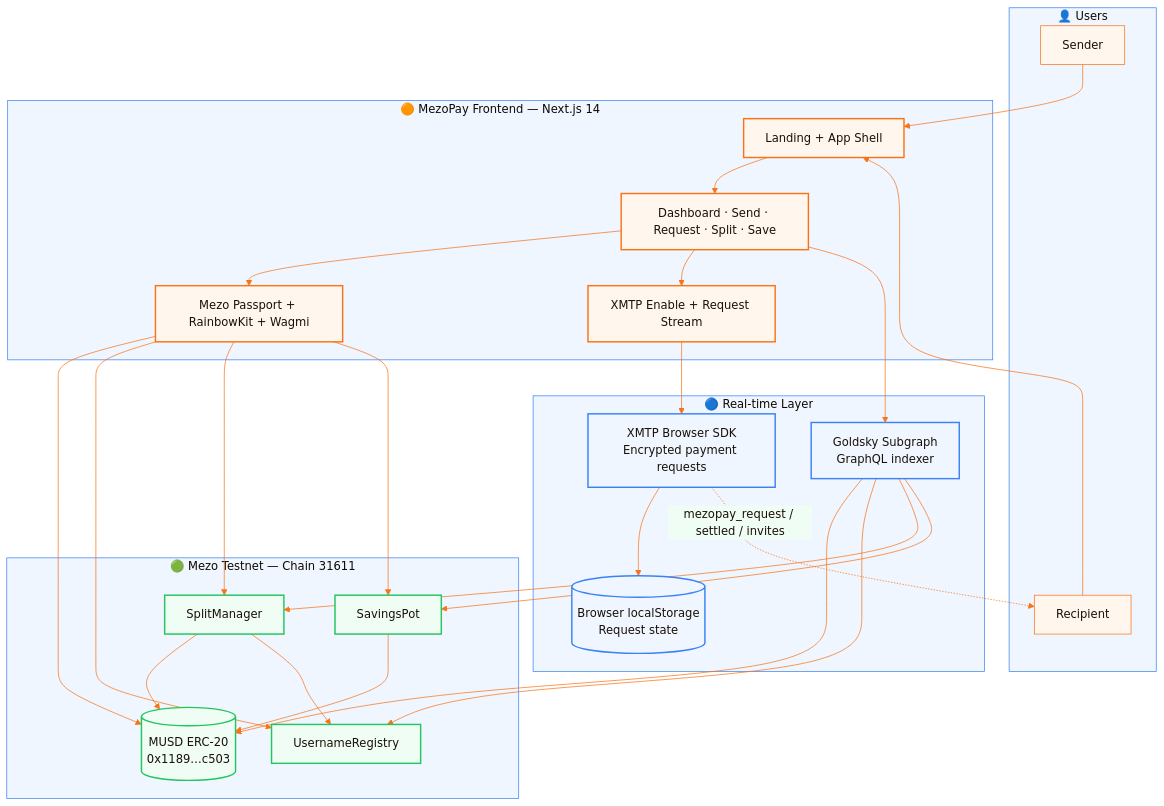
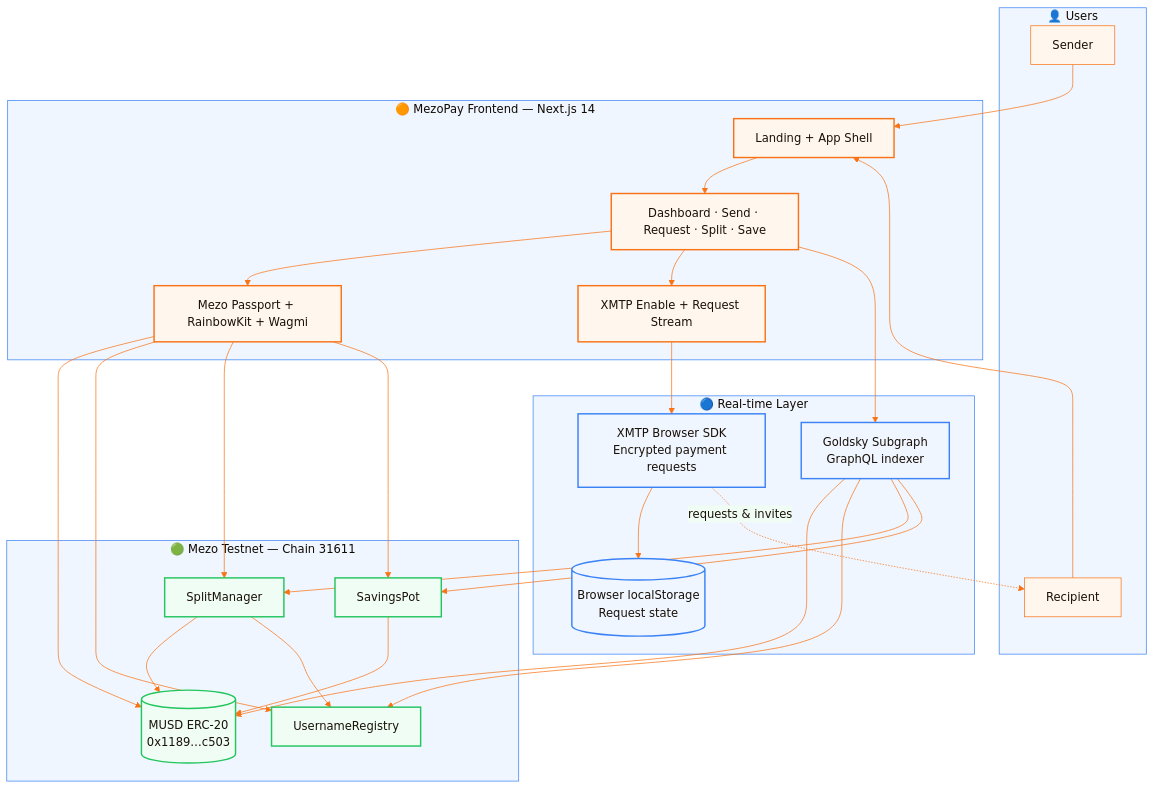
The first of 3 diagrams in README.md (ShivamSoni20/MezoPay), drawn with Mermaid before and after one commit. The commit also changed 1 other file, not shown here.

Commit message:
docs: fix mermaid text clipping by removing font override

````diff
--- a/README.md
+++ b/README.md
@@ -70,56 +70,56 @@
 ```mermaid
-%%{init: {'theme': 'base', 'themeVariables': {'fontFamily': 'DM Sans, sans-serif', 'primaryColor': '#FFF7ED', 'primaryTextColor': '#1A1108', 'primaryBorderColor': '#F97316', 'secondaryColor': '#F0FDF4', 'secondaryBorderColor': '#22C55E', 'tertiaryColor': '#EFF6FF', 'tertiaryBorderColor': '#3B82F6', 'lineColor': '#F97316'}}}%%
+%%{init: {'theme': 'base', 'themeVariables': {'primaryColor': '#FFF7ED', 'primaryTextColor': '#1A1108', 'primaryBorderColor': '#F97316', 'secondaryColor': '#F0FDF4', 'secondaryBorderColor': '#22C55E', 'tertiaryColor': '#EFF6FF', 'tertiaryBorderColor': '#3B82F6', 'lineColor': '#F97316'}}}%%
 flowchart TB
     subgraph users["👤 Users"]
         U1[Sender]
         U2[Recipient]
     end
 
     subgraph frontend["🟠 MezoPay Frontend — Next.js 14"]
         UI[Landing + App Shell]
         DASH[Dashboard · Send · Request · Split · Save]
         XMTP_UI[XMTP Enable + Request Stream]
         WALLET[Mezo Passport + RainbowKit + Wagmi]
     end
 
     subgraph offchain["🔵 Real-time Layer"]
         XMTP[XMTP Browser SDK<br/>Encrypted payment requests]
         GOLDSKY[Goldsky Subgraph<br/>GraphQL indexer]
         LS[(Browser localStorage<br/>Request state)]
     end
 
     subgraph mezo["🟢 Mezo Testnet — Chain 31611"]
         MUSD[(MUSD ERC-20<br/>0x1189…c503)]
         REG[UsernameRegistry]
         SPLIT[SplitManager]
         POT[SavingsPot]
     end
 
     U1 --> UI
     U2 --> UI
     UI --> DASH
     DASH --> WALLET
     DASH --> XMTP_UI
     WALLET --> MUSD
     WALLET --> REG
     WALLET --> SPLIT
     WALLET --> POT
     XMTP_UI --> XMTP
     XMTP --> LS
     DASH --> GOLDSKY
     GOLDSKY --> MUSD
     GOLDSKY --> REG
     GOLDSKY --> SPLIT
     GOLDSKY --> POT
     SPLIT --> MUSD
     SPLIT --> REG
     POT --> MUSD
-    XMTP -.->|mezopay_request / settled / invites| U2
+    XMTP -.->|requests & invites| U2
 
     classDef mezo fill:#F0FDF4,stroke:#22C55E,stroke-width:2px,color:#1A1108
     classDef front fill:#FFF7ED,stroke:#F97316,stroke-width:2px,color:#1A1108
     classDef rt fill:#EFF6FF,stroke:#3B82F6,stroke-width:2px,color:#1A1108
     class MUSD,REG,SPLIT,POT mezo
     class UI,DASH,XMTP_UI,WALLET front
     class XMTP,GOLDSKY,LS rt
 ```
````
